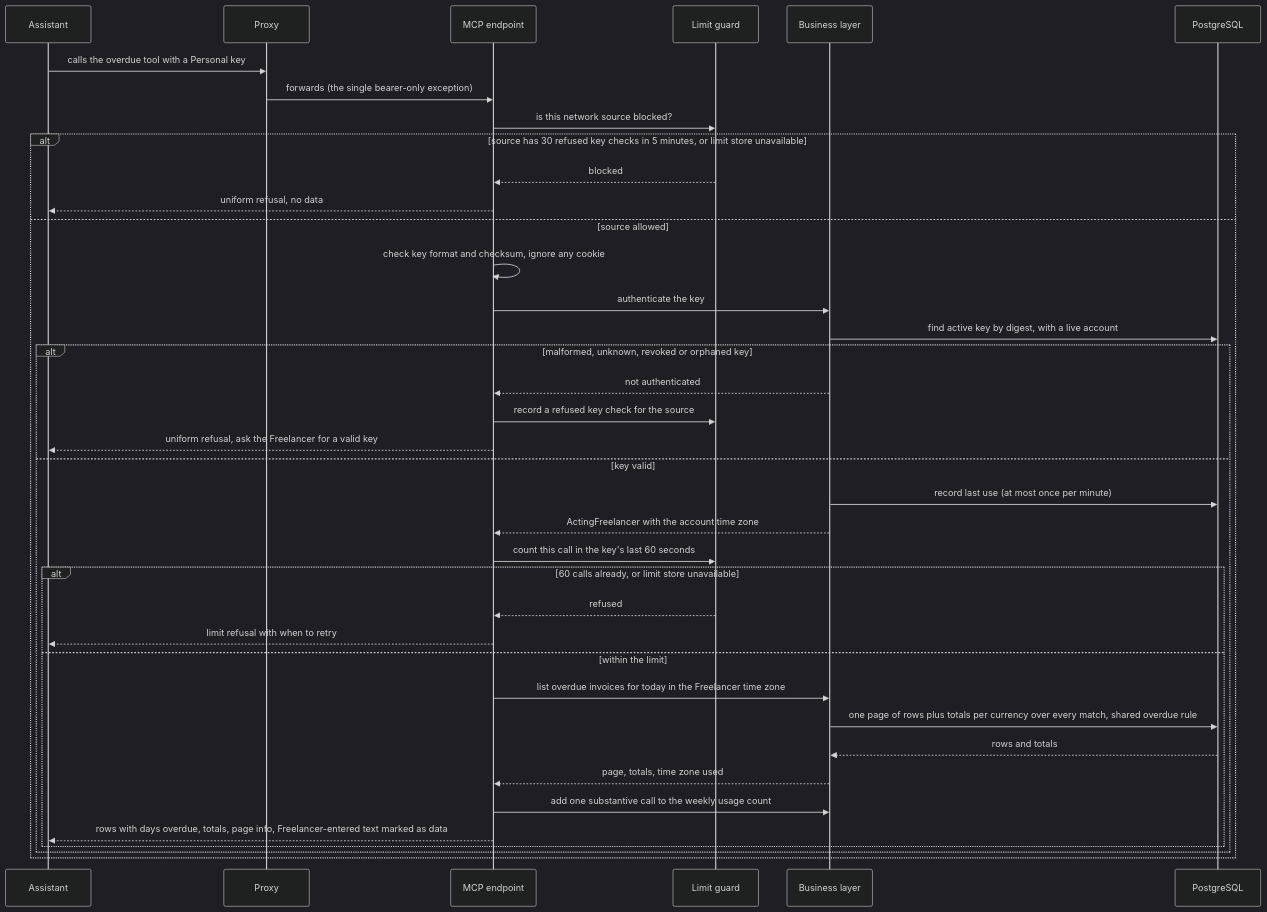
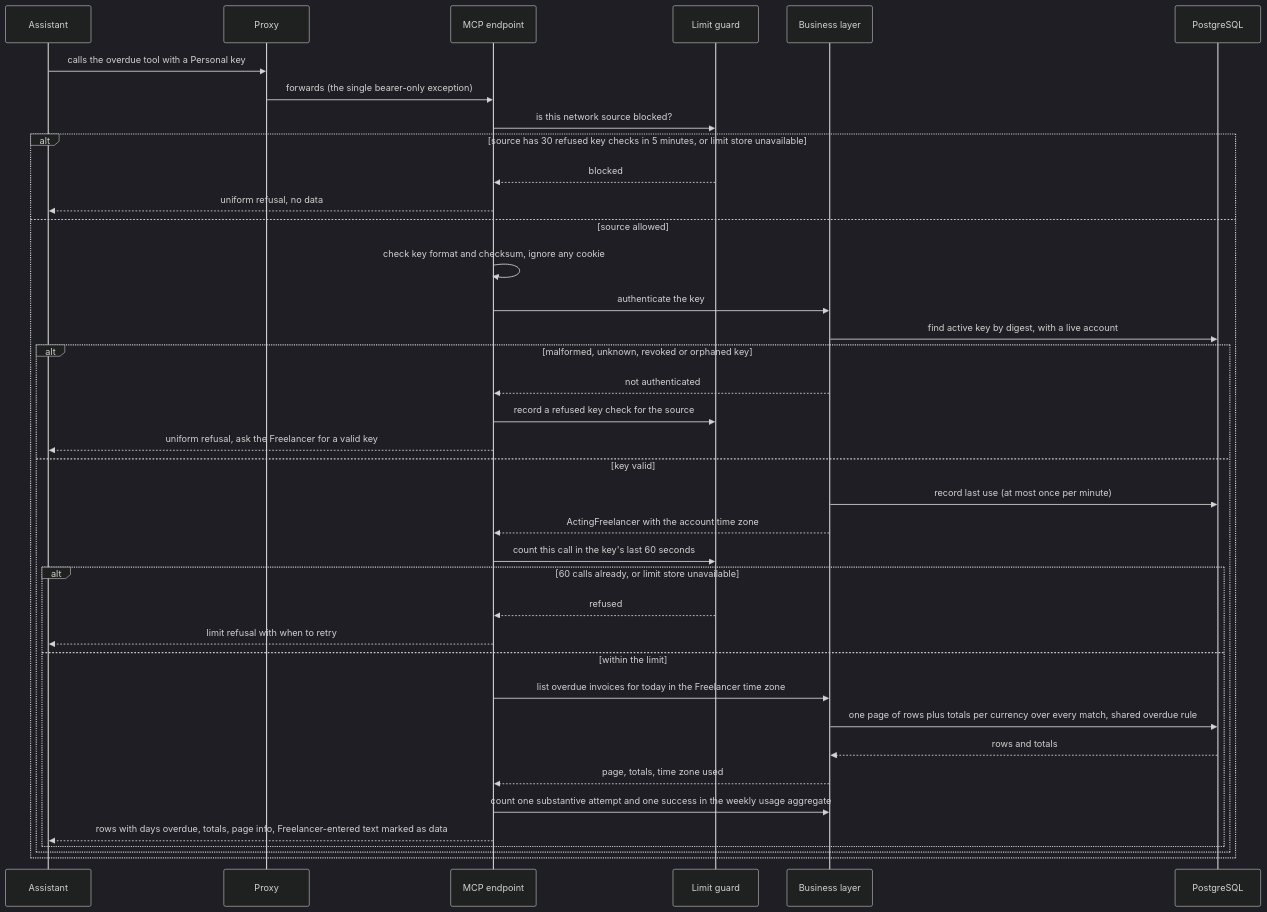
The third of 4 diagrams in docs/features/mcp-server/sad.md (GopkoDev/invoiceForge), drawn with Mermaid (dark theme) before and after one commit. The commit also changed other lines of this file and 5 other files, not shown here.

````diff
--- a/docs/features/mcp-server/sad.md
+++ b/docs/features/mcp-server/sad.md
@@ -197,41 +197,41 @@
 ```mermaid
 sequenceDiagram
     participant A as Assistant
     participant P as Proxy
     participant M as MCP endpoint
     participant L as Limit guard
     participant S as Business layer
     participant D as PostgreSQL
 
     A->>P: calls the overdue tool with a Personal key
     P->>M: forwards (the single bearer-only exception)
     M->>L: is this network source blocked?
     alt source has 30 refused key checks in 5 minutes, or limit store unavailable
         L-->>M: blocked
         M-->>A: uniform refusal, no data
     else source allowed
         M->>M: check key format and checksum, ignore any cookie
         M->>S: authenticate the key
         S->>D: find active key by digest, with a live account
         alt malformed, unknown, revoked or orphaned key
             S-->>M: not authenticated
             M->>L: record a refused key check for the source
             M-->>A: uniform refusal, ask the Freelancer for a valid key
         else key valid
             S->>D: record last use (at most once per minute)
             S-->>M: ActingFreelancer with the account time zone
             M->>L: count this call in the key's last 60 seconds
             alt 60 calls already, or limit store unavailable
                 L-->>M: refused
                 M-->>A: limit refusal with when to retry
             else within the limit
                 M->>S: list overdue invoices for today in the Freelancer time zone
                 S->>D: one page of rows plus totals per currency over every match, shared overdue rule
                 D-->>S: rows and totals
                 S-->>M: page, totals, time zone used
-                M->>S: add one substantive call to the weekly usage count
+                M->>S: count one substantive attempt and one success in the weekly usage aggregate
                 M-->>A: rows with days overdue, totals, page info, Freelancer-entered text marked as data
             end
         end
     end
 ```
````
